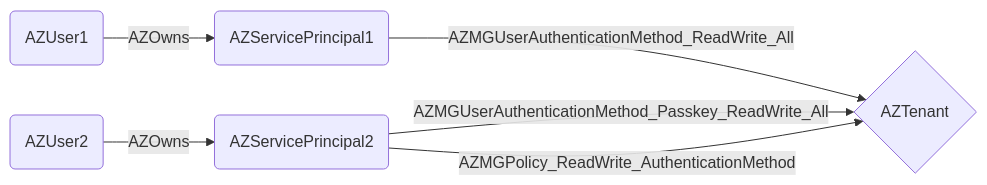
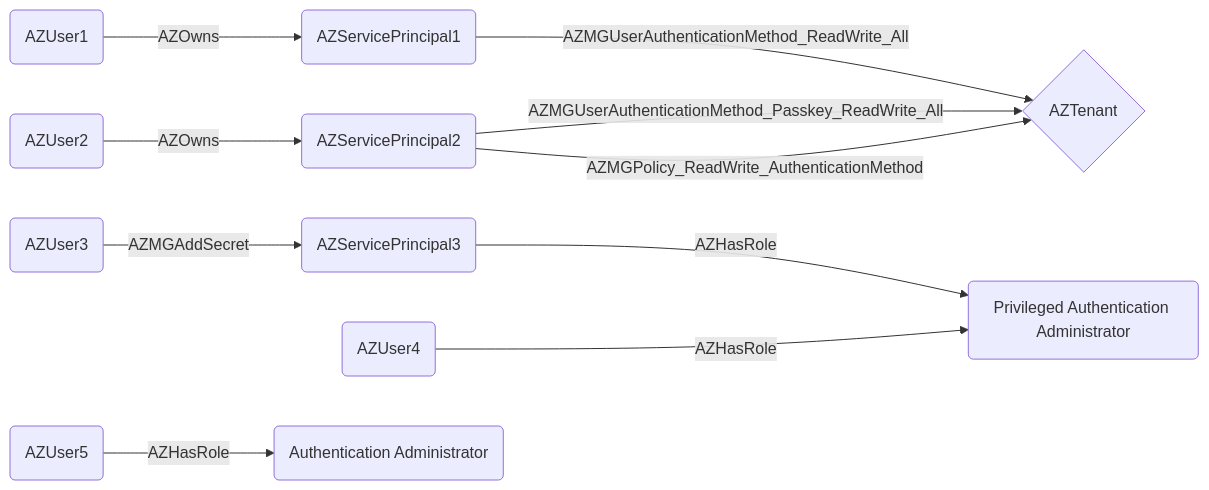
Before and after one commit to MichaelGrafnetter/EntraAuthPolicyHound: the third of 3 diagrams in README.md, drawn with Mermaid. The commit also changed other lines of this file and 5 other files, not shown here.

````diff
--- a/README.md
+++ b/README.md
@@ -115,9 +195,12 @@
 ```mermaid
 graph LR
     a1(AZServicePrincipal1) -- AZMGUserAuthenticationMethod_ReadWrite_All --> t{AZTenant}
     a2(AZServicePrincipal2) -- AZMGUserAuthenticationMethod_Passkey_ReadWrite_All --> t
     a2 -- AZMGPolicy_ReadWrite_AuthenticationMethod --> t
-
+    a3(AZServicePrincipal3) -- AZHasRole --> r1(Privileged Authentication Administrator)
     u1(AZUser1) -- AZOwns --> a1
     u2(AZUser2) -- AZOwns --> a2
+    u3(AZUser3) -- AZMGAddSecret --> a3
+    u4(AZUser4) -- AZHasRole --> r1
+    u5(AZUser5) -- AZHasRole --> r2(Authentication Administrator)
 ```
````
